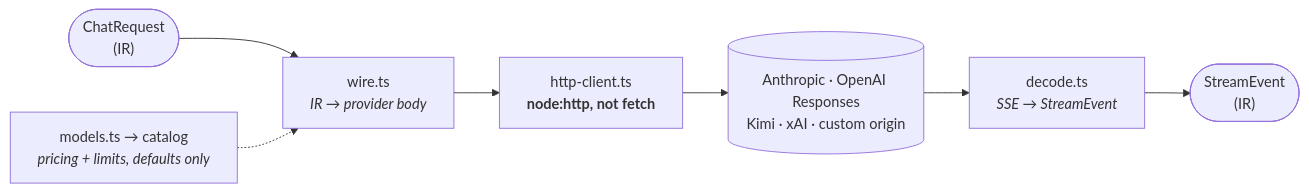
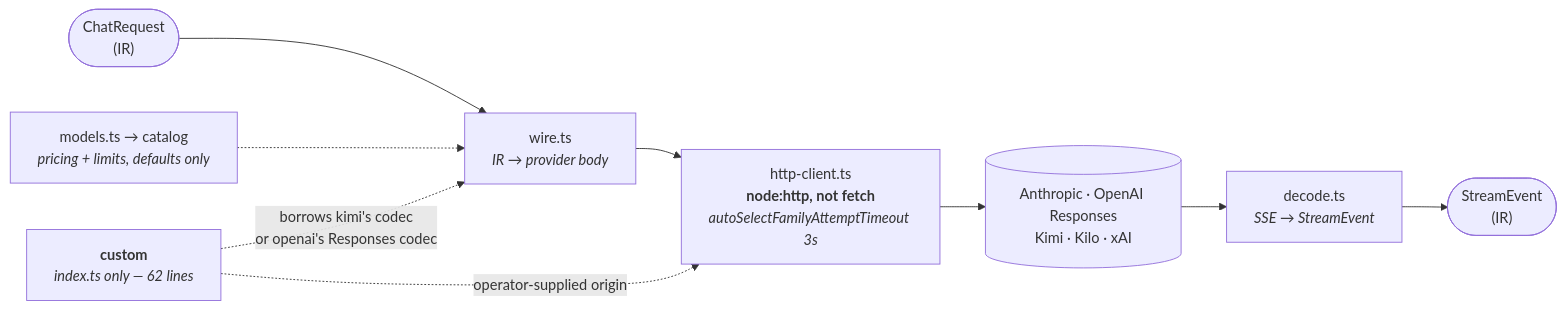
Before and after one commit to harismawan/omnigateway: the fifth of 16 diagrams in ARCHITECTURE.md, drawn with Mermaid. The commit also changed other lines of this file and 2 other files, not shown here.

First line of the commit message:
docs: correct README and ARCHITECTURE against the code

````diff
--- a/ARCHITECTURE.md
+++ b/ARCHITECTURE.md
@@ -241,9 +173,12 @@
 ```mermaid
 flowchart LR
   ir(["ChatRequest<br/>(IR)"]) --> wire["wire.ts<br/><i>IR → provider body</i>"]
-  wire --> http["http-client.ts<br/><b>node:http, not fetch</b>"]
-  http --> up[("Anthropic · OpenAI Responses<br/>Kimi · xAI · custom origin")]
+  wire --> http["http-client.ts<br/><b>node:http, not fetch</b><br/><i>autoSelectFamilyAttemptTimeout 3s</i>"]
+  http --> up[("Anthropic · OpenAI Responses<br/>Kimi · Kilo · xAI")]
   up --> dec["decode.ts<br/><i>SSE → StreamEvent</i>"]
   dec --> ev(["StreamEvent<br/>(IR)"])
   cat["models.ts → catalog<br/><i>pricing + limits, defaults only</i>"] -.-> wire
+
+  custom["<b>custom</b><br/><i>index.ts only — 62 lines</i>"] -. "borrows kimi's codec<br/>or openai's Responses codec" .-> wire
+  custom -. "operator-supplied origin" .-> http
 ```
````
